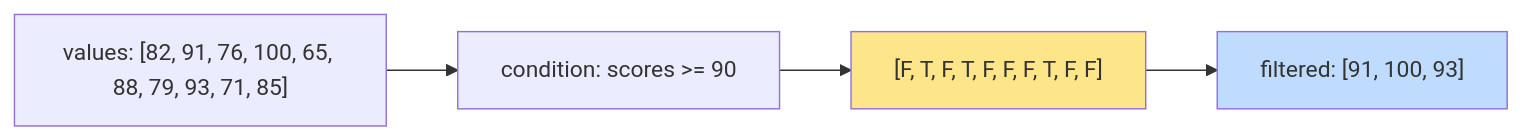
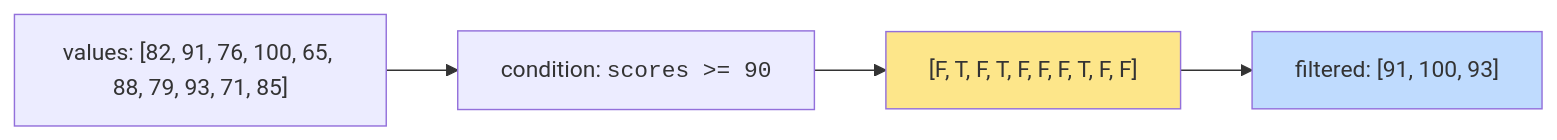
The diagram in content/learn/practical-r-for-beginners/logical-and-character-vectors.mdx (dataslope/dataslope), drawn with Mermaid before and after one commit. The commit also changed 56 other files, not shown here.

````diff
--- a/content/learn/practical-r-for-beginners/logical-and-character-vectors.mdx
+++ b/content/learn/practical-r-for-beginners/logical-and-character-vectors.mdx
@@ -137,10 +137,10 @@
 ```mermaid
 flowchart LR
   v["values: [82, 91, 76, 100, 65, 88, 79, 93, 71, 85]"]
-  cond["condition: scores >= 90"]
+  cond["condition: <code>scores &gt;= 90</code>"]
   mask["[F, T, F, T, F, F, F, T, F, F]"]
   out["filtered: [91, 100, 93]"]
   v --> cond --> mask --> out
   style mask fill:#fde68a
   style out fill:#bfdbfe
 ```
````
